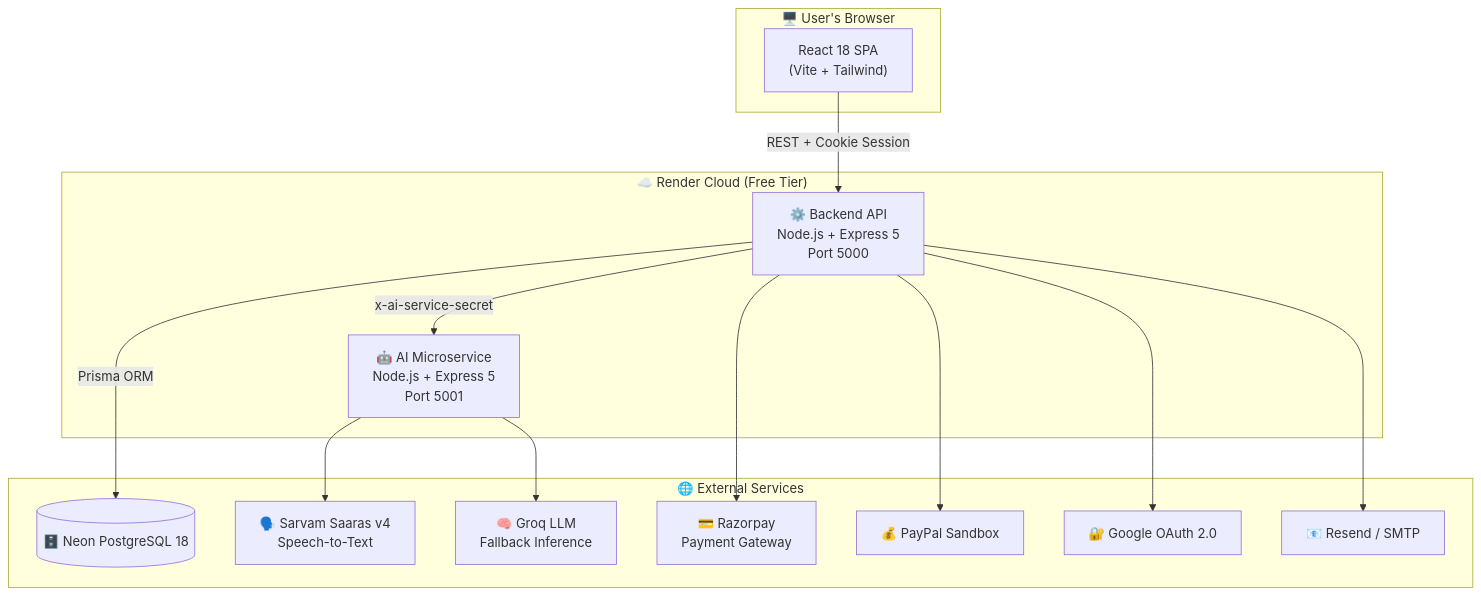
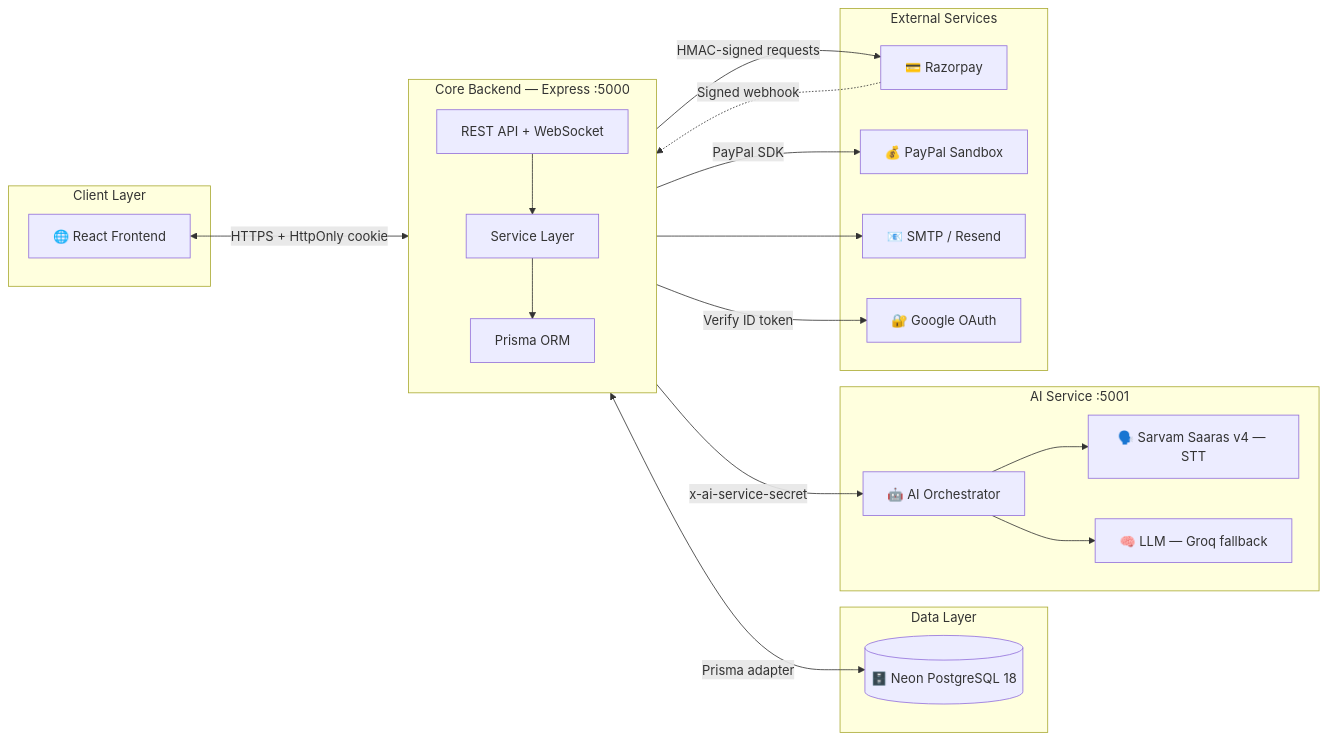
The first of 6 diagrams in README.md (aryan24cse109-dev/Wealthra-ai), drawn with Mermaid before and after one commit. The commit also changed other lines of this file and 3 other files, not shown here.

````diff
--- a/README.md
+++ b/README.md
@@ -39,31 +89,42 @@
 ```mermaid
-flowchart TD
-    subgraph Client["🖥️ User's Browser"]
-        FE["React 18 SPA\n(Vite + Tailwind)"]
+flowchart LR
+    subgraph Client["Client Layer"]
+        FE["🌐 React Frontend"]
     end
 
-    subgraph Render["☁️ Render Cloud (Free Tier)"]
-        BE["⚙️ Backend API\nNode.js + Express 5\nPort 5000"]
-        AI["🤖 AI Microservice\nNode.js + Express 5\nPort 5001"]
+    subgraph Core["Core Backend — Express :5000"]
+        direction TB
+        API["REST API + WebSocket"]
+        SVC["Service Layer"]
+        ORM["Prisma ORM"]
+        API --> SVC --> ORM
     end
 
-    subgraph External["🌐 External Services"]
+    subgraph Data["Data Layer"]
         DB[("🗄️ Neon PostgreSQL 18")]
-        Sarvam["🗣️ Sarvam Saaras v4\nSpeech-to-Text"]
-        Groq["🧠 Groq LLM\nFallback Inference"]
-        RZP["💳 Razorpay\nPayment Gateway"]
-        PayPal["💰 PayPal Sandbox"]
-        Google["🔐 Google OAuth 2.0"]
-        Email["📧 Resend / SMTP"]
     end
 
-    FE -->|"REST + Cookie Session"| BE
-    BE -->|"Prisma ORM"| DB
-    BE -->|"x-ai-service-secret"| AI
-    AI --> Sarvam
-    AI --> Groq
-    BE --> RZP
-    BE --> PayPal
-    BE --> Google
-    BE --> Email
+    subgraph AIL["AI Service :5001"]
+        AI["🤖 AI Orchestrator"]
+        STT["🗣️ Sarvam Saaras v4 — STT"]
+        LLM["🧠 LLM — Groq fallback"]
+        AI --> STT
+        AI --> LLM
+    end
+
+    subgraph Ext["External Services"]
+        RZP["💳 Razorpay"]
+        PP["💰 PayPal Sandbox"]
+        MAIL["📧 SMTP / Resend"]
+        GOOG["🔐 Google OAuth"]
+    end
+
+    FE <-->|"HTTPS + HttpOnly cookie"| API
+    ORM <-->|"Prisma adapter"| DB
+    SVC -->|"x-ai-service-secret"| AI
+    SVC -->|"HMAC-signed requests"| RZP
+    RZP -.->|"Signed webhook"| API
+    SVC -->|"PayPal SDK"| PP
+    SVC --> MAIL
+    API -->|"Verify ID token"| GOOG
 ```
````
